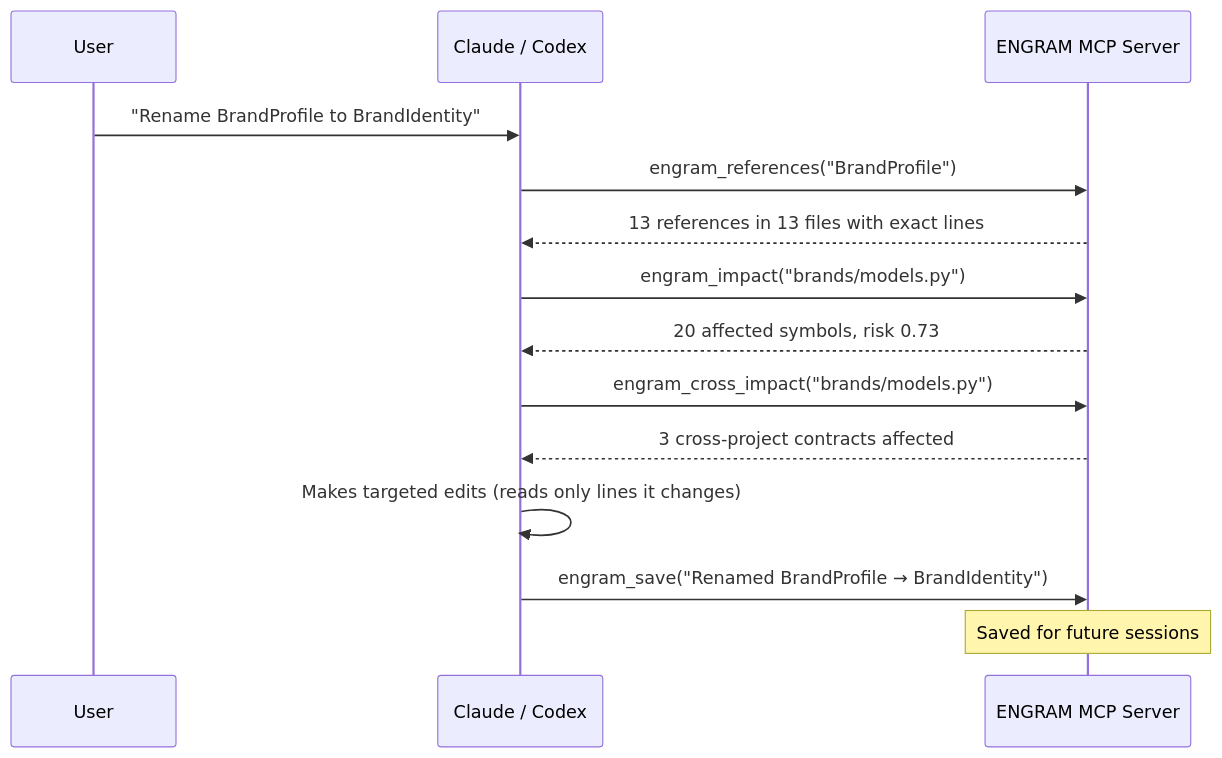
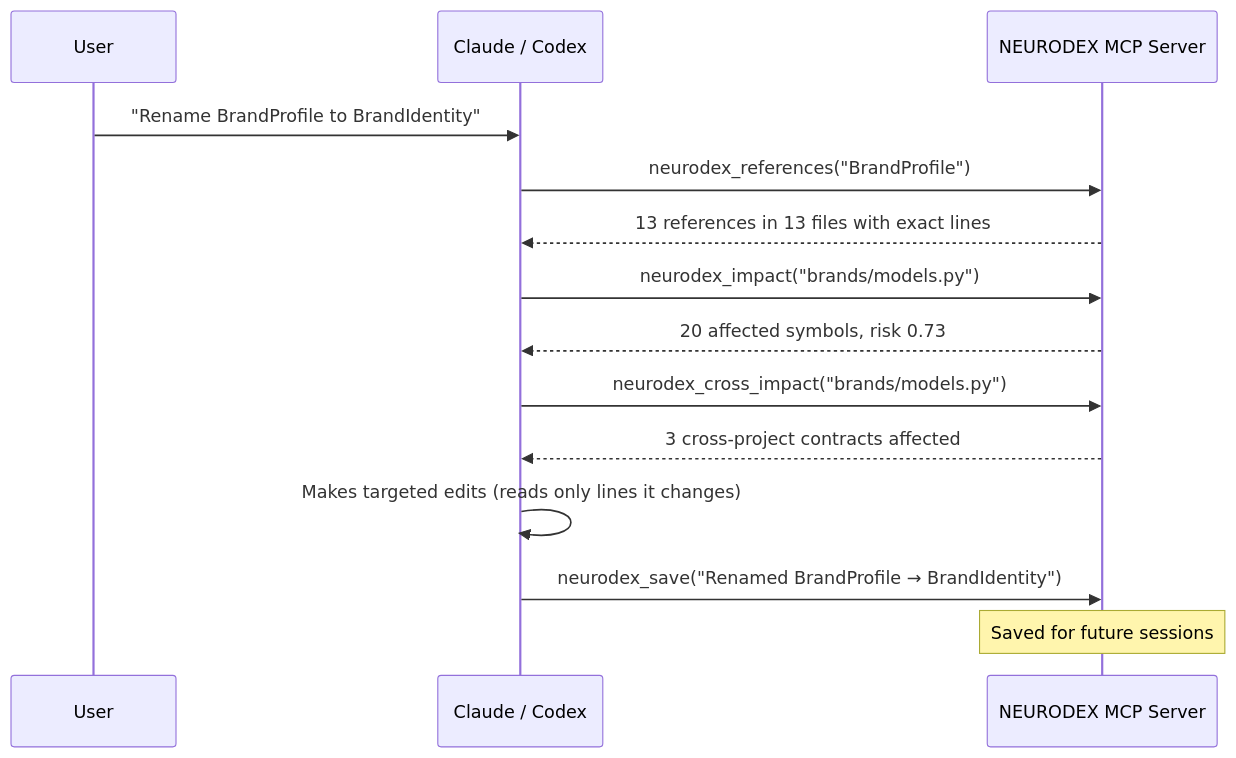
Before and after one commit to karanpanchall/neurodex: the third of 4 diagrams in README.md, drawn with Mermaid. The commit also changed other lines of this file and 34 other files, not shown here.

Commit message:
rename internal package engram → neurodex

````diff
--- a/README.md
+++ b/README.md
@@ -79,17 +79,17 @@
 ```mermaid
 sequenceDiagram
     participant User
     participant LLM as Claude / Codex
-    participant MCP as ENGRAM MCP Server
+    participant MCP as NEURODEX MCP Server
 
     User->>LLM: "Rename BrandProfile to BrandIdentity"
-    LLM->>MCP: engram_references("BrandProfile")
+    LLM->>MCP: neurodex_references("BrandProfile")
     MCP-->>LLM: 13 references in 13 files with exact lines
-    LLM->>MCP: engram_impact("brands/models.py")
+    LLM->>MCP: neurodex_impact("brands/models.py")
     MCP-->>LLM: 20 affected symbols, risk 0.73
-    LLM->>MCP: engram_cross_impact("brands/models.py")
+    LLM->>MCP: neurodex_cross_impact("brands/models.py")
     MCP-->>LLM: 3 cross-project contracts affected
     LLM->>LLM: Makes targeted edits (reads only lines it changes)
-    LLM->>MCP: engram_save("Renamed BrandProfile → BrandIdentity")
+    LLM->>MCP: neurodex_save("Renamed BrandProfile → BrandIdentity")
     Note over MCP: Saved for future sessions
 ```
````
